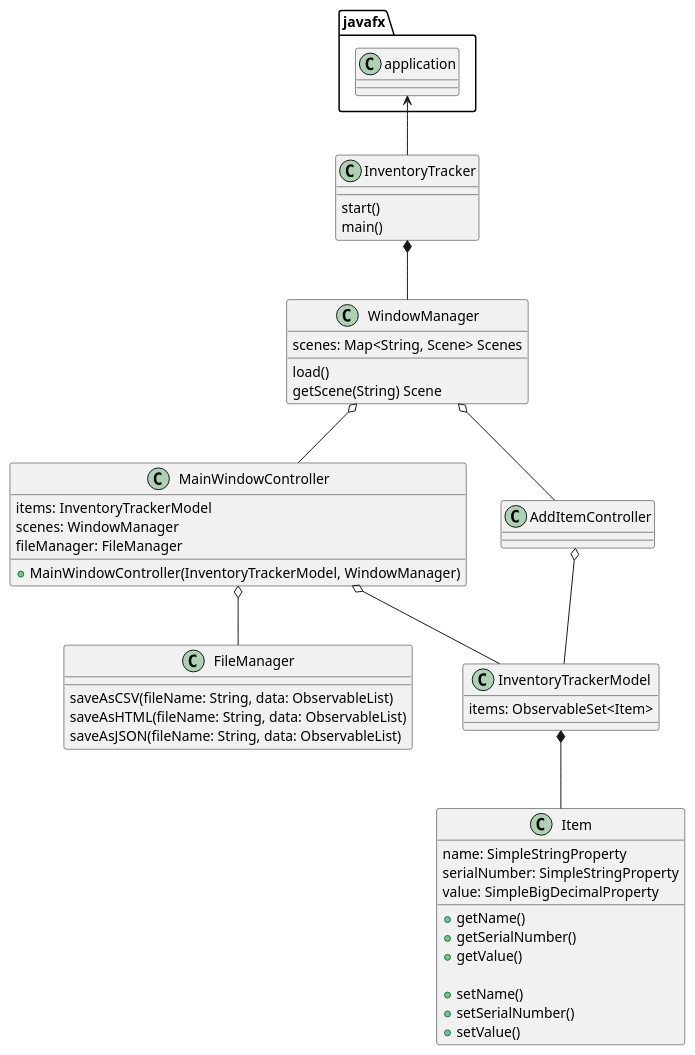
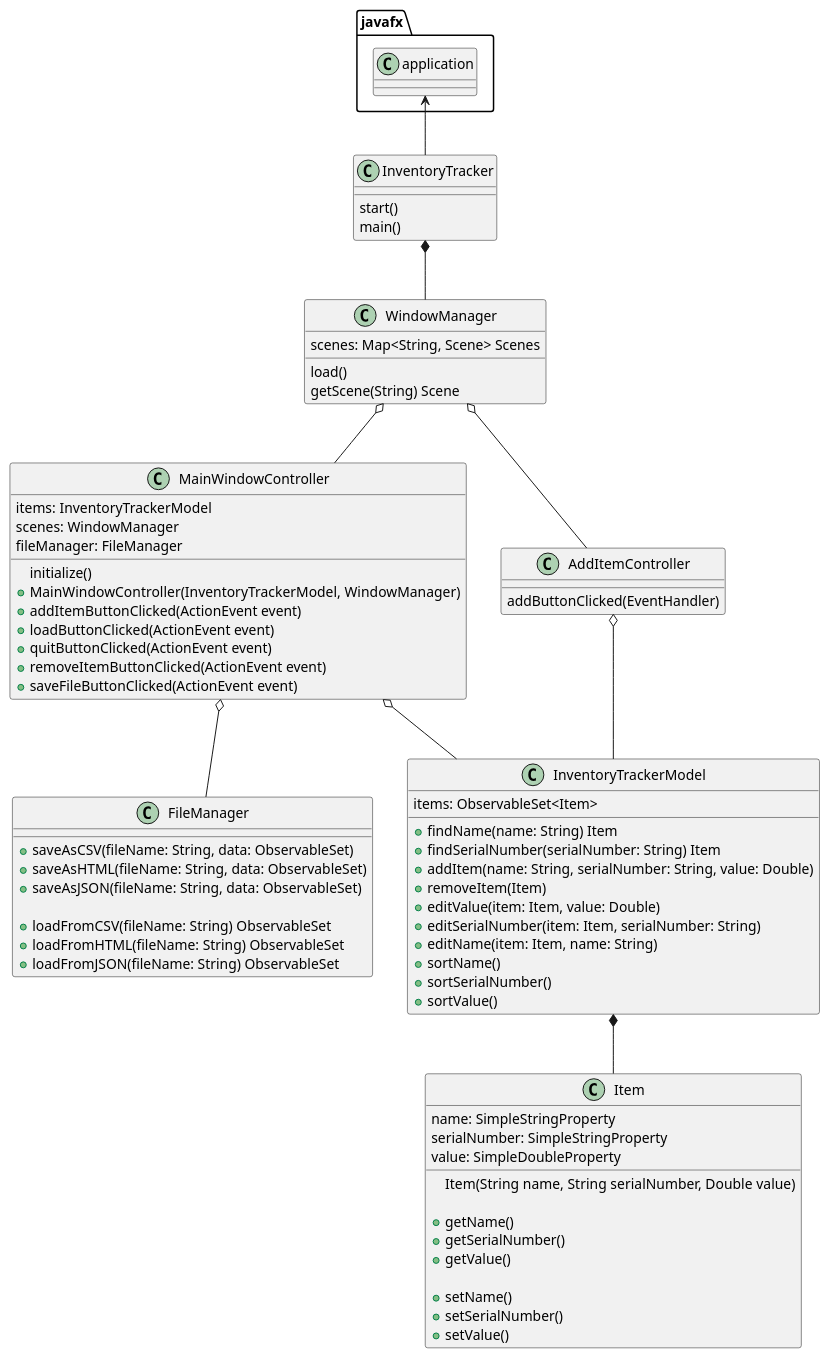
One commit to MohammadA8/Abdulwahhab-5337127-a5 changed the diagram in uml/InventoryTracker.puml. Above: the diagram before and after it, drawn with PlantUML. The commit also changed 3 other files, not shown here.

```diff
--- a/uml/InventoryTracker.puml
+++ b/uml/InventoryTracker.puml
@@ -1,73 +1,100 @@
 @startuml
 
 
 class InventoryTracker{
     start()
     main()
 }
 
 class WindowManager{
     scenes: Map<String, Scene> Scenes
 
     load()
     getScene(String) Scene
 
 }
 
 class MainWindowController{
 
     items: InventoryTrackerModel
     scenes: WindowManager
     fileManager: FileManager
 
-    +MainWindowController(InventoryTrackerModel, WindowManager)
-
+    initialize()
+    + MainWindowController(InventoryTrackerModel, WindowManager)
+    + addItemButtonClicked(ActionEvent event)
+    + loadButtonClicked(ActionEvent event)
+    + quitButtonClicked(ActionEvent event)
+    + removeItemButtonClicked(ActionEvent event)
+    + saveFileButtonClicked(ActionEvent event)
 
 }
 
 class FileManager{
 
-    saveAsCSV(fileName: String, data: ObservableList)
-    saveAsHTML(fileName: String, data: ObservableList)
-    saveAsJSON(fileName: String, data: ObservableList)
+    + saveAsCSV(fileName: String, data: ObservableSet)
+    + saveAsHTML(fileName: String, data: ObservableSet)
+    + saveAsJSON(fileName: String, data: ObservableSet)
+
+    + loadFromCSV(fileName: String) ObservableSet
+    + loadFromHTML(fileName: String) ObservableSet
+    + loadFromJSON(fileName: String) ObservableSet
+
+}
+
+class AddItemController{
+
+    addButtonClicked(EventHandler)
 
 }
 
 class InventoryTrackerModel{
 
     items: ObservableSet<Item>
 
-    
+    + findName(name: String) Item
+    + findSerialNumber(serialNumber: String) Item
+    + addItem(name: String, serialNumber: String, value: Double)
+    + removeItem(Item)
+    + editValue(item: Item, value: Double)
+    + editSerialNumber(item: Item, serialNumber: String)
+    + editName(item: Item, name: String)
+    + sortName()
+    + sortSerialNumber()
+    + sortValue()
+
 
 }
 
 class Item{
 
     name: SimpleStringProperty
     serialNumber: SimpleStringProperty
-    value: SimpleBigDecimalProperty
+    value: SimpleDoubleProperty
+
+    Item(String name, String serialNumber, Double value)
 
     + getName()
     + getSerialNumber()
     + getValue()
 
     + setName()
     + setSerialNumber()
     + setValue()
 
 }
 
 
 
 javafx.application <-- InventoryTracker
 InventoryTracker *-- WindowManager
 WindowManager o-- MainWindowController
 WindowManager o-- AddItemController
 
 AddItemController o-- InventoryTrackerModel
 MainWindowController o-- InventoryTrackerModel
 MainWindowController o-- FileManager
 InventoryTrackerModel *-- Item
 
 
 @enduml
```
